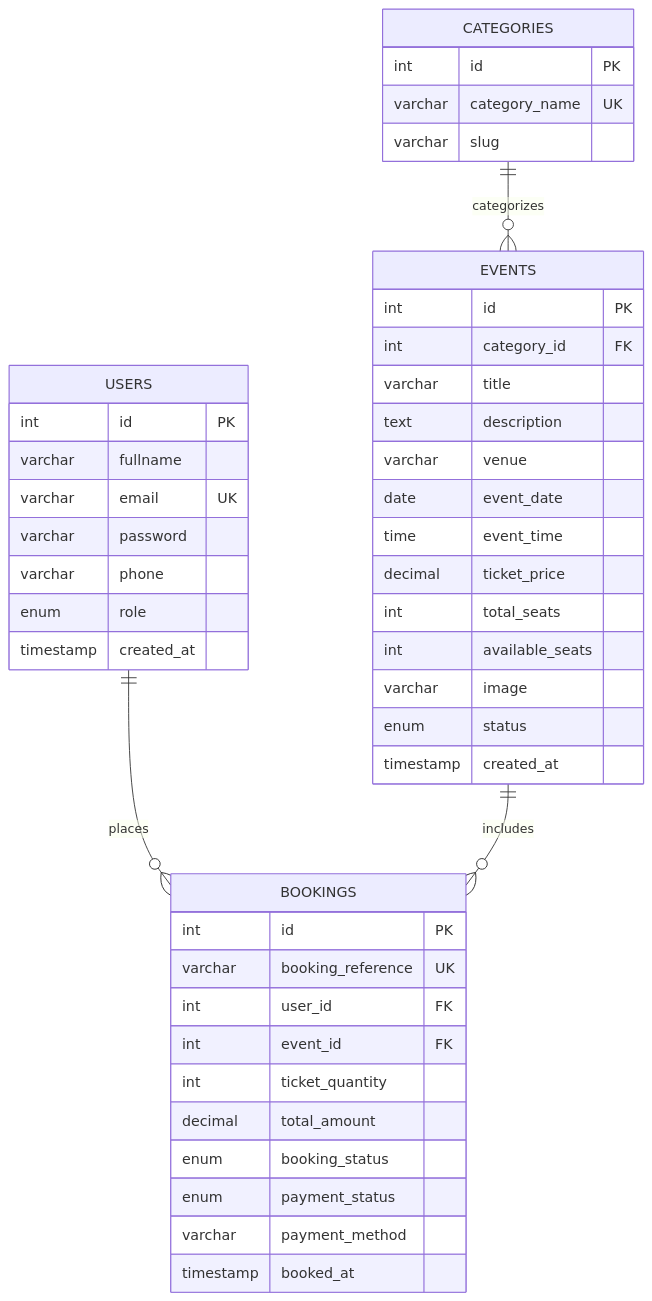
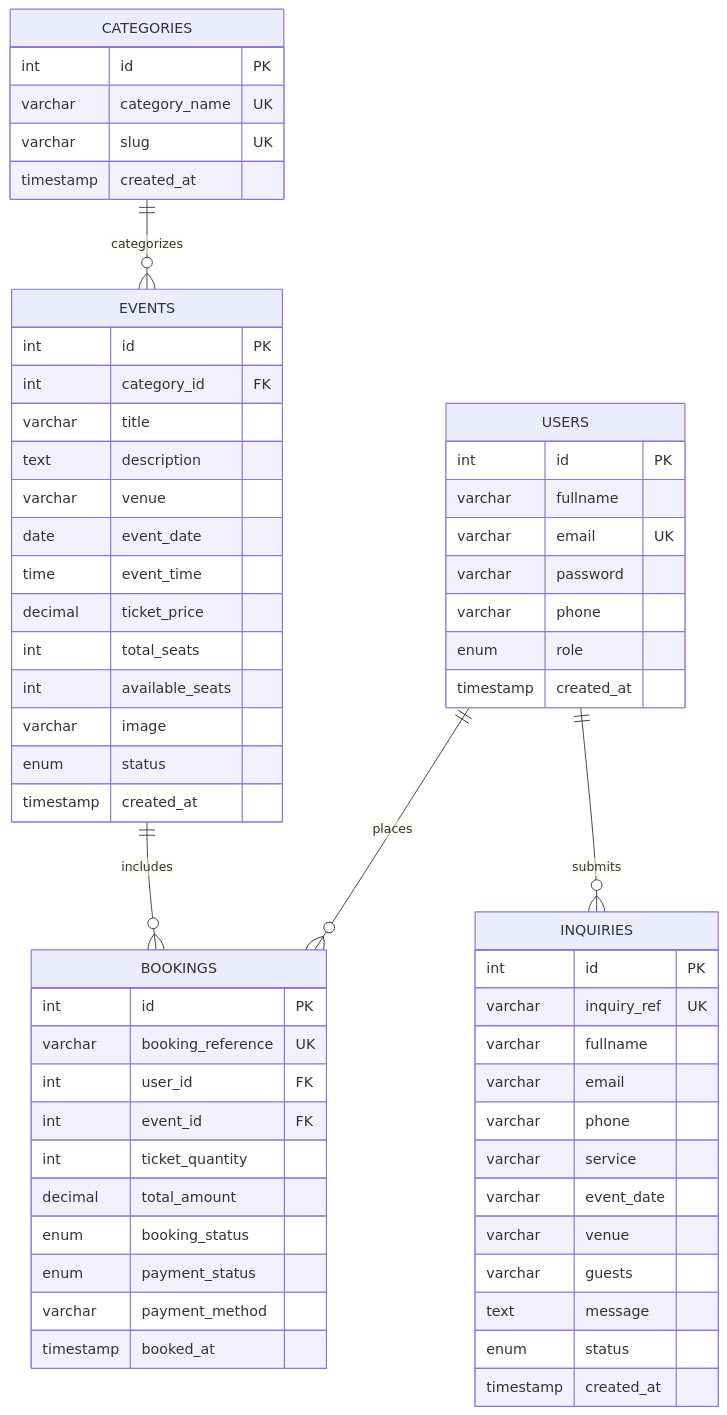
Before and after one commit to kavathiya-ayush/event-shpere: the sixth of 7 diagrams in PROJECT_REPORT.md, drawn with Mermaid. The commit also changed other lines of this file and 1 other file, not shown here.

````diff
--- a/PROJECT_REPORT.md
+++ b/PROJECT_REPORT.md
@@ -48,51 +352,68 @@
 ```mermaid
 erDiagram
     USERS ||--o{ BOOKINGS : places
     CATEGORIES ||--o{ EVENTS : categorizes
     EVENTS ||--o{ BOOKINGS : includes
+    USERS ||--o{ INQUIRIES : submits
 
     USERS {
         int id PK
         varchar fullname
         varchar email UK
         varchar password
         varchar phone
         enum role
         timestamp created_at
     }
 
     CATEGORIES {
         int id PK
         varchar category_name UK
-        varchar slug
+        varchar slug UK
+        timestamp created_at
     }
 
     EVENTS {
         int id PK
         int category_id FK
         varchar title
         text description
         varchar venue
         date event_date
         time event_time
         decimal ticket_price
         int total_seats
         int available_seats
         varchar image
         enum status
         timestamp created_at
     }
 
     BOOKINGS {
         int id PK
         varchar booking_reference UK
         int user_id FK
         int event_id FK
         int ticket_quantity
         decimal total_amount
         enum booking_status
         enum payment_status
         varchar payment_method
         timestamp booked_at
     }
+
+    INQUIRIES {
+        int id PK
+        varchar inquiry_ref UK
+        varchar fullname
+        varchar email
+        varchar phone
+        varchar service
+        varchar event_date
+        varchar venue
+        varchar guests
+        text message
+        enum status
+        timestamp created_at
+    }
 ```
````
